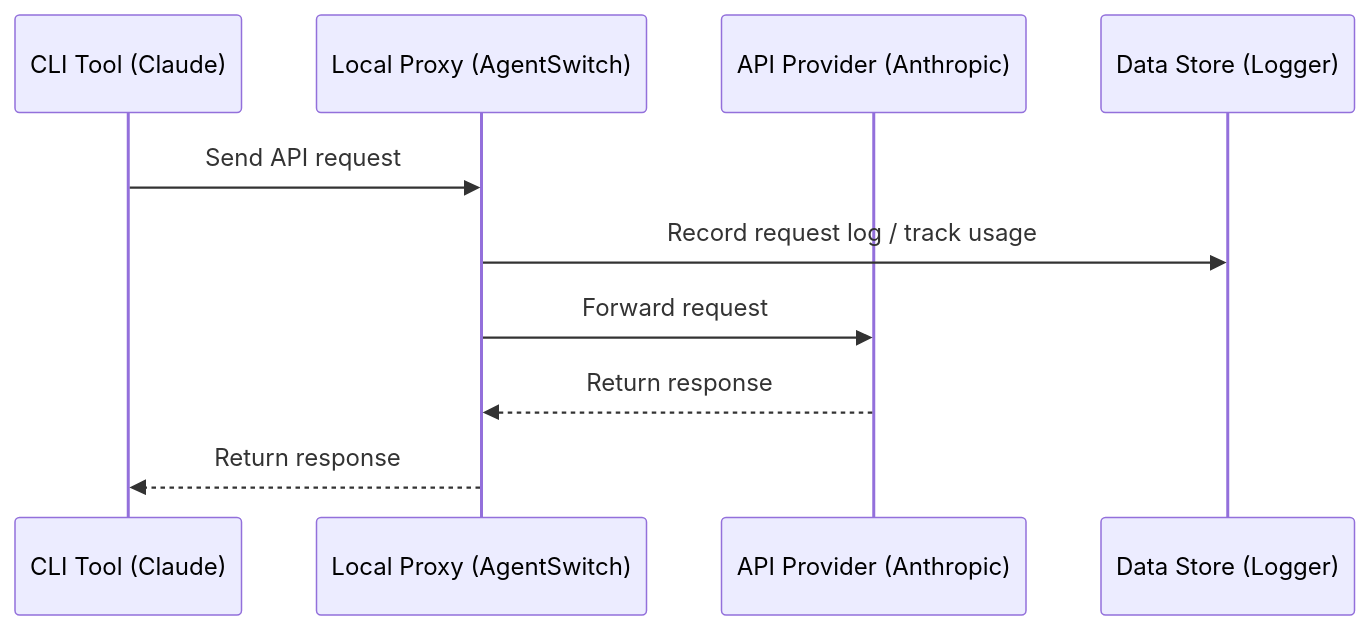
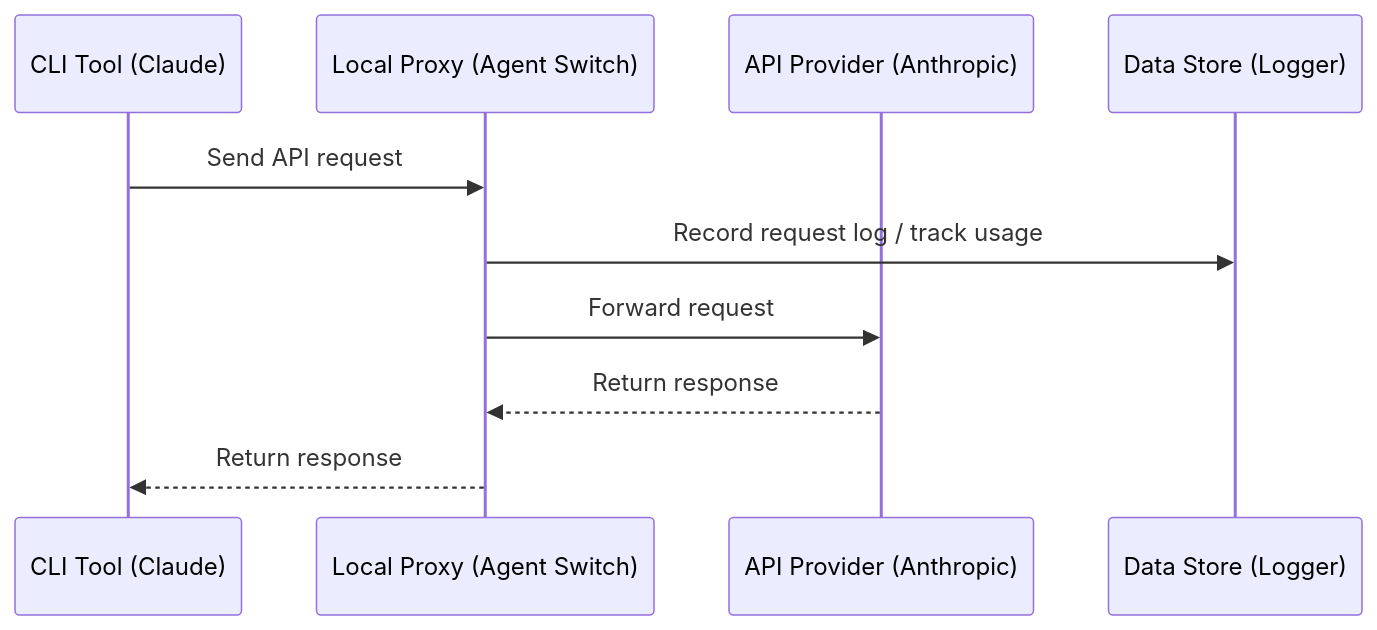
One commit to qunqin24/agent-switch changed the diagram in docs/user-manual/en/4-proxy/4.1-service.md. Above: the diagram before and after it, drawn with Mermaid. The commit also changed other lines of this file and 107 other files, not shown here.

Commit message:
chore(brand): align Agent Switch repository and docs

````diff
--- a/docs/user-manual/en/4-proxy/4.1-service.md
+++ b/docs/user-manual/en/4-proxy/4.1-service.md
@@ -116,13 +116,13 @@
 ```mermaid
 sequenceDiagram
     participant CLI as CLI Tool (Claude)
-    participant Proxy as Local Proxy (AgentSwitch)
+    participant Proxy as Local Proxy (Agent Switch)
     participant API as API Provider (Anthropic)
     participant DB as Data Store (Logger)
 
     CLI->>Proxy: Send API request
     Proxy->>DB: Record request log / track usage
     Proxy->>API: Forward request
     API-->>Proxy: Return response
     Proxy-->>CLI: Return response
 ```
````
